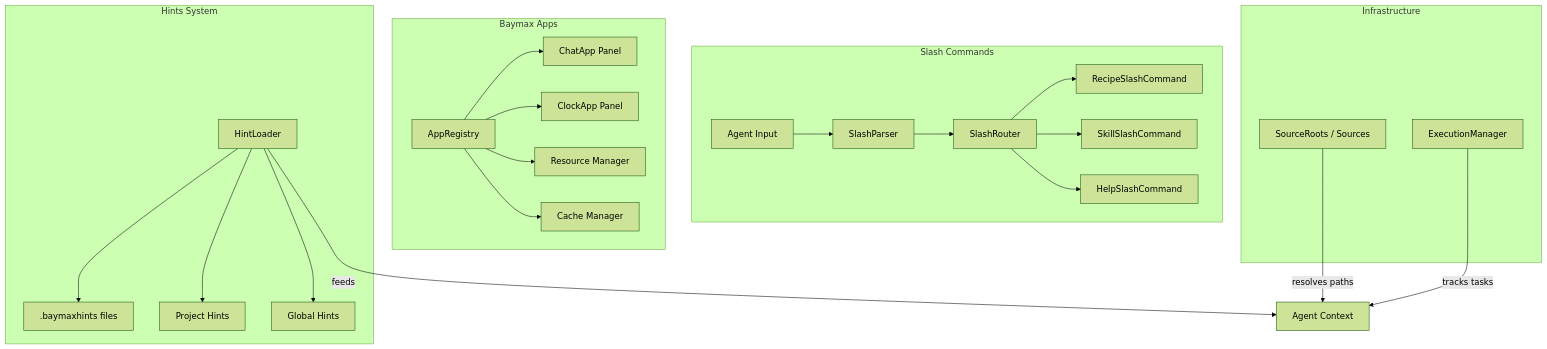
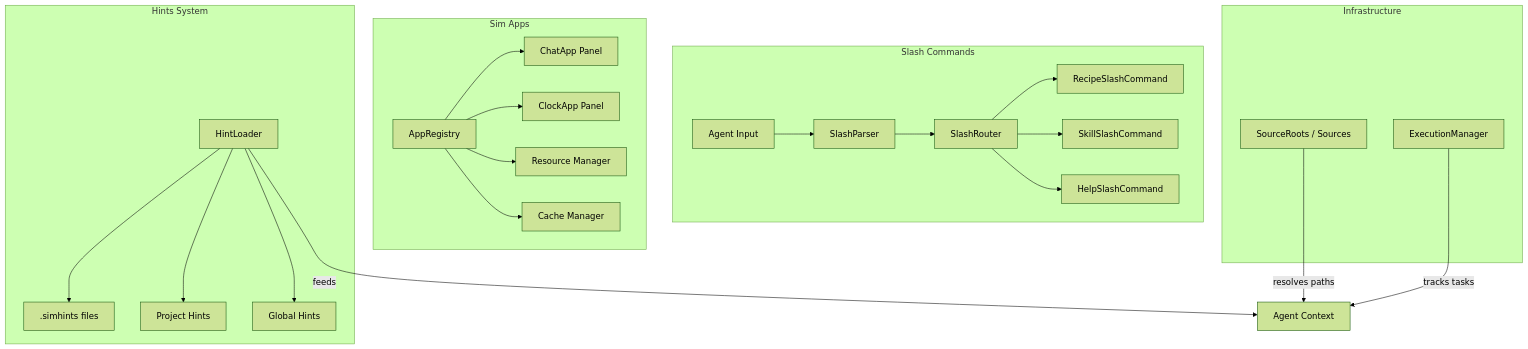
One commit to imagineerings/xor changed the diagram in .agents/specs/goose-migration/developer-experience/design.md. Above: the diagram before and after it, drawn with Mermaid (forest theme). The commit also changed other lines of this file and 1952 other files, not shown here.

Commit message:
chore: rename from baymax to sim (#61)

````diff
--- a/.agents/specs/goose-migration/developer-experience/design.md
+++ b/.agents/specs/goose-migration/developer-experience/design.md
@@ -16,50 +16,50 @@
 ```mermaid
 graph TD
     subgraph "Slash Commands"
         Input[Agent Input]
         Parser[SlashParser]
         Router[SlashRouter]
         RecipeCmd[RecipeSlashCommand]
         SkillCmd[SkillSlashCommand]
         HelpCmd[HelpSlashCommand]
     end
 
     subgraph "Hints System"
         HintLoader[HintLoader]
-        HintFiles[.baymaxhints files]
+        HintFiles[.simhints files]
                 ProjectHint[Project Hints]
                 GlobalHint[Global Hints]
     end
 
-    subgraph "Baymax Apps"
+    subgraph "Sim Apps"
         AppRegistry[AppRegistry]
         ChatApp[ChatApp Panel]
         ClockApp[ClockApp Panel]
         Resource[Resource Manager]
         Cache[Cache Manager]
     end
 
     subgraph "Infrastructure"
         Sources[SourceRoots / Sources]
         ExecMgr[ExecutionManager]
     end
 
     Input --> Parser
     Parser --> Router
     Router --> RecipeCmd
     Router --> SkillCmd
     Router --> HelpCmd
     
     HintLoader --> HintFiles
     HintLoader --> ProjectHint
     HintLoader --> GlobalHint
     HintLoader -->|feeds| Agent[Agent Context]
     
     AppRegistry --> ChatApp
     AppRegistry --> ClockApp
     AppRegistry --> Resource
     AppRegistry --> Cache
     
     Sources -->|resolves paths| Agent
     ExecMgr -->|tracks tasks| Agent
 ```
````
